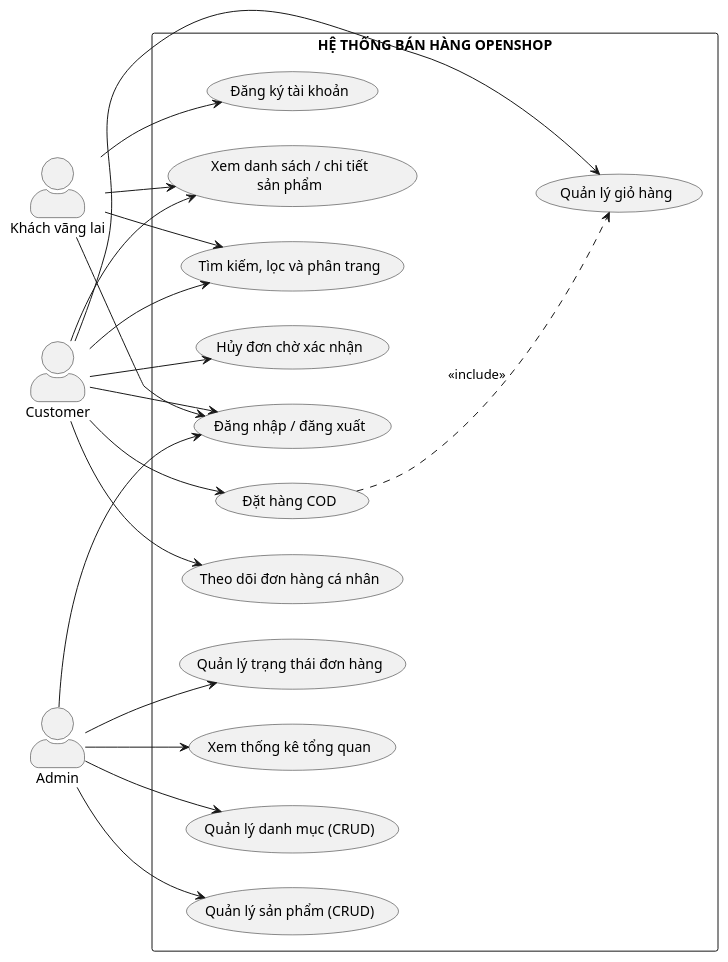
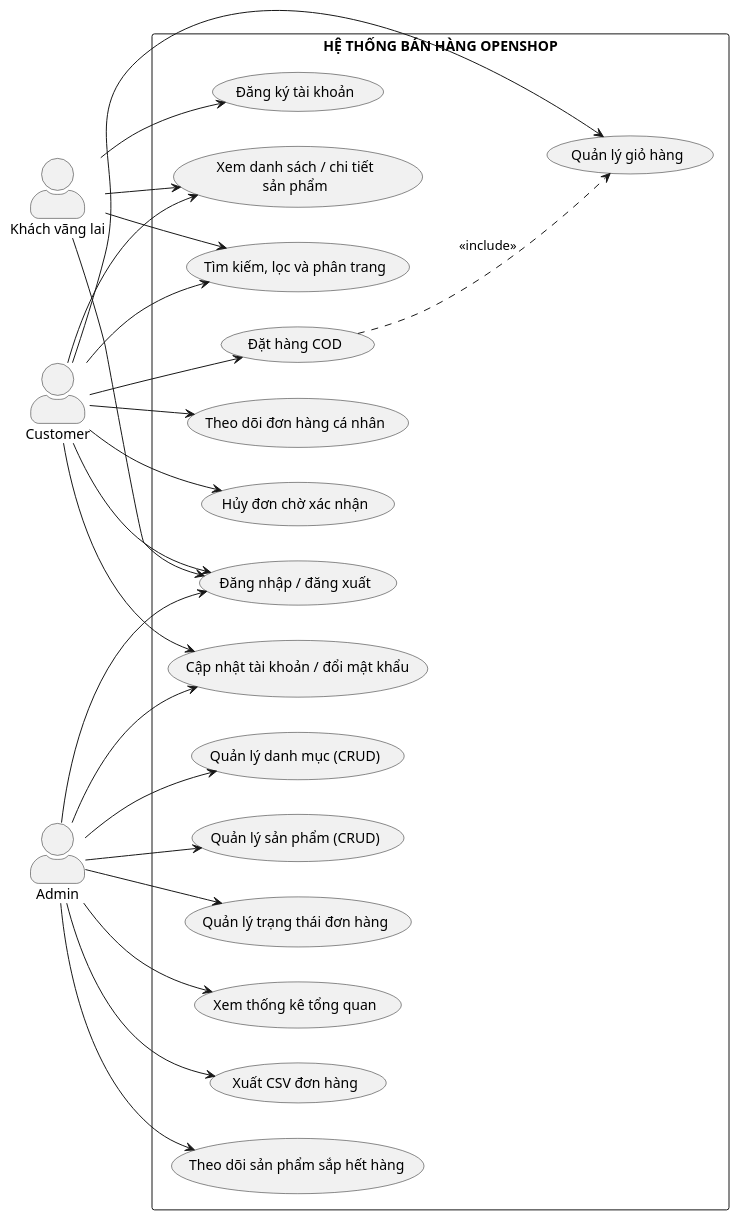
One commit to toanhuynh040805-crypto/MaNguonMo_Toan changed the diagram in docs/03_UseCase.puml. Above: the diagram before and after it, drawn with PlantUML. The commit also changed 23 other files, not shown here.

```diff
--- a/docs/03_UseCase.puml
+++ b/docs/03_UseCase.puml
@@ -1,44 +1,51 @@
 @startuml
 left to right direction
 skinparam actorStyle awesome
 skinparam packageStyle rectangle
 skinparam shadowing false
 
 actor "Khách vãng lai" as Guest
 actor "Customer" as Customer
 actor "Admin" as Admin
 
 rectangle "HỆ THỐNG BÁN HÀNG OPENSHOP" {
   usecase "Xem danh sách / chi tiết\nsản phẩm" as UC1
   usecase "Tìm kiếm, lọc và phân trang" as UC2
   usecase "Đăng ký tài khoản" as UC3
   usecase "Đăng nhập / đăng xuất" as UC4
   usecase "Quản lý giỏ hàng" as UC5
   usecase "Đặt hàng COD" as UC6
   usecase "Theo dõi đơn hàng cá nhân" as UC7
   usecase "Hủy đơn chờ xác nhận" as UC8
   usecase "Quản lý danh mục (CRUD)" as UC9
   usecase "Quản lý sản phẩm (CRUD)" as UC10
   usecase "Quản lý trạng thái đơn hàng" as UC11
   usecase "Xem thống kê tổng quan" as UC12
+  usecase "Cập nhật tài khoản / đổi mật khẩu" as UC13
+  usecase "Xuất CSV đơn hàng" as UC14
+  usecase "Theo dõi sản phẩm sắp hết hàng" as UC15
 }
 
 Guest --> UC1
 Guest --> UC2
 Guest --> UC3
 Guest --> UC4
 Customer --> UC1
 Customer --> UC2
 Customer --> UC4
 Customer --> UC5
 Customer --> UC6
 Customer --> UC7
 Customer --> UC8
+Customer --> UC13
 Admin --> UC4
+Admin --> UC13
 Admin --> UC9
 Admin --> UC10
 Admin --> UC11
 Admin --> UC12
+Admin --> UC14
+Admin --> UC15
 
 UC6 ..> UC5 : <<include>>
 @enduml
```
